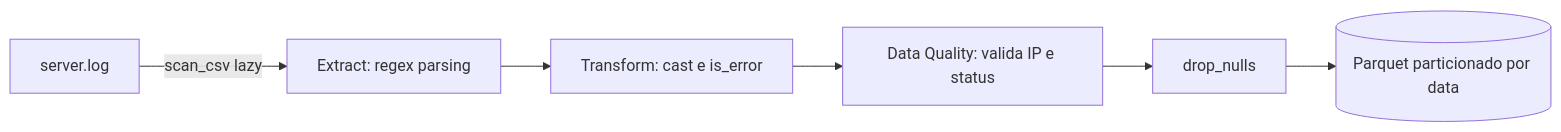
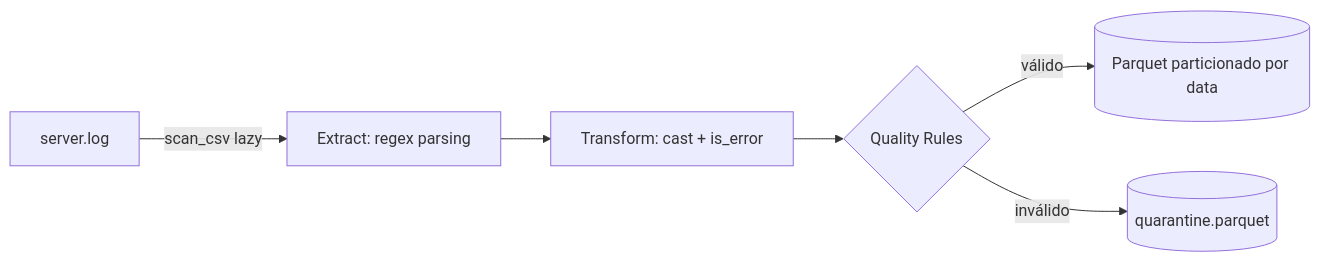
One commit to gadelha-allan/log-analytics-engine changed the diagram in README.md. Above: the diagram before and after it, drawn with Mermaid. The commit also changed other lines of this file, not shown here.

````diff
--- a/README.md
+++ b/README.md
@@ -42,8 +51,8 @@
 ```mermaid
 flowchart LR
     A[server.log] -->|scan_csv lazy| B[Extract: regex parsing]
-    B --> C[Transform: cast e is_error]
-    C --> D[Data Quality: valida IP e status]
-    D --> E[drop_nulls]
-    E --> F[(Parquet particionado por data)]
+    B --> C[Transform: cast + is_error]
+    C --> D{Quality Rules}
+    D -->|válido| E[(Parquet particionado por data)]
+    D -->|inválido| F[(quarantine.parquet)]
 ```
````
